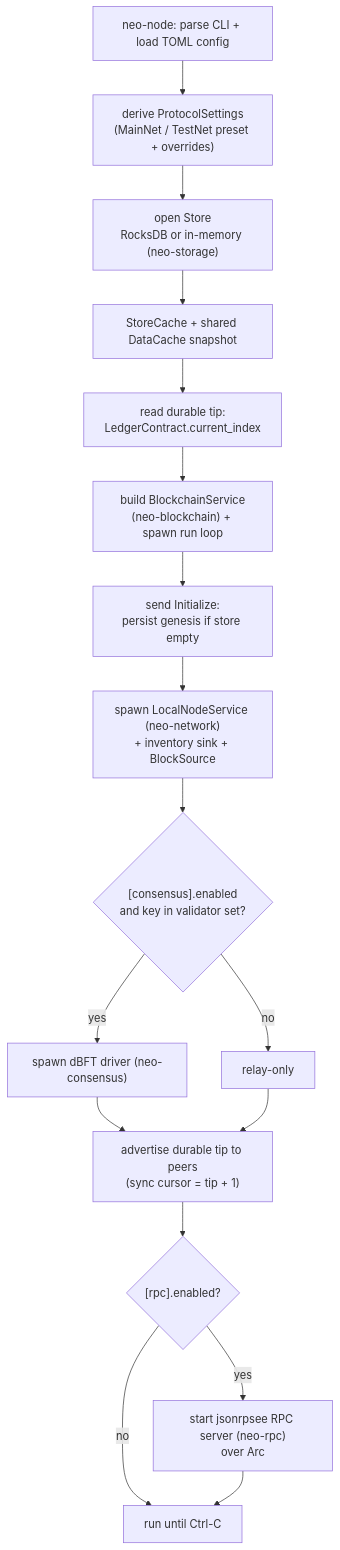
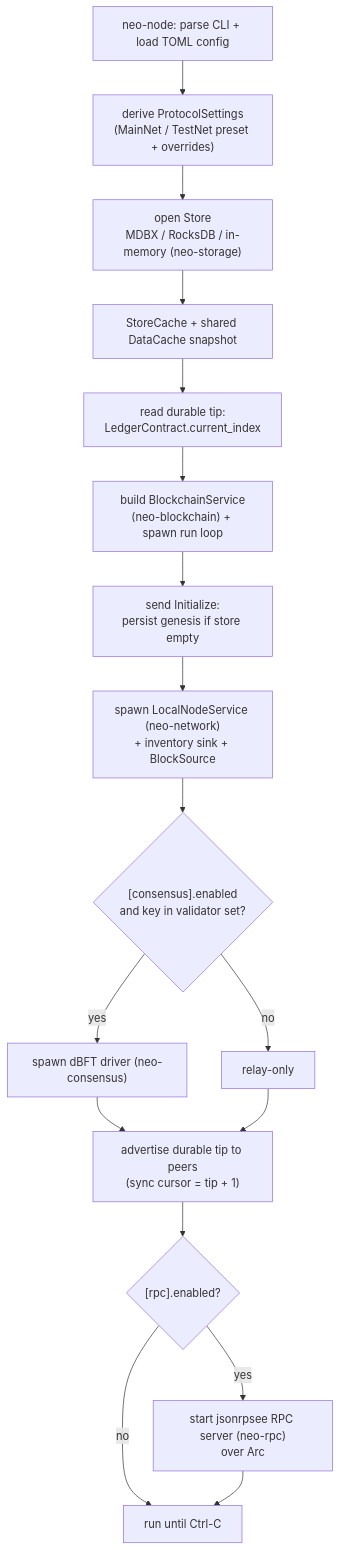
Before and after one commit to r3e-network/neo-rs: the first of 7 diagrams in docs/dataflow.md, drawn with Mermaid. The commit also changed other lines of this file and 37 other files, not shown here.

````diff
--- a/docs/dataflow.md
+++ b/docs/dataflow.md
@@ -21,19 +21,19 @@
 ```mermaid
 flowchart TD
     A["neo-node: parse CLI + load TOML config"] --> B["derive ProtocolSettings<br/>(MainNet / TestNet preset + overrides)"]
-    B --> C["open Store<br/>RocksDB or in-memory (neo-storage)"]
+    B --> C["open Store<br/>MDBX / RocksDB / in-memory (neo-storage)"]
     C --> D["StoreCache + shared DataCache snapshot"]
     D --> E["read durable tip:<br/>LedgerContract.current_index"]
     E --> F["build BlockchainService<br/>(neo-blockchain) + spawn run loop"]
     F --> G["send Initialize:<br/>persist genesis if store empty"]
     G --> H["spawn LocalNodeService (neo-network)<br/>+ inventory sink + BlockSource"]
     H --> I{"[consensus].enabled<br/>and key in validator set?"}
     I -- yes --> J["spawn dBFT driver (neo-consensus)"]
     I -- no --> K["relay-only"]
     J --> L["advertise durable tip to peers<br/>(sync cursor = tip + 1)"]
     K --> L
     L --> M{"[rpc].enabled?"}
     M -- yes --> N["start jsonrpsee RPC server (neo-rpc)<br/>over Arc<Node>"]
     M -- no --> O["run until Ctrl-C"]
     N --> O
 ```
````
